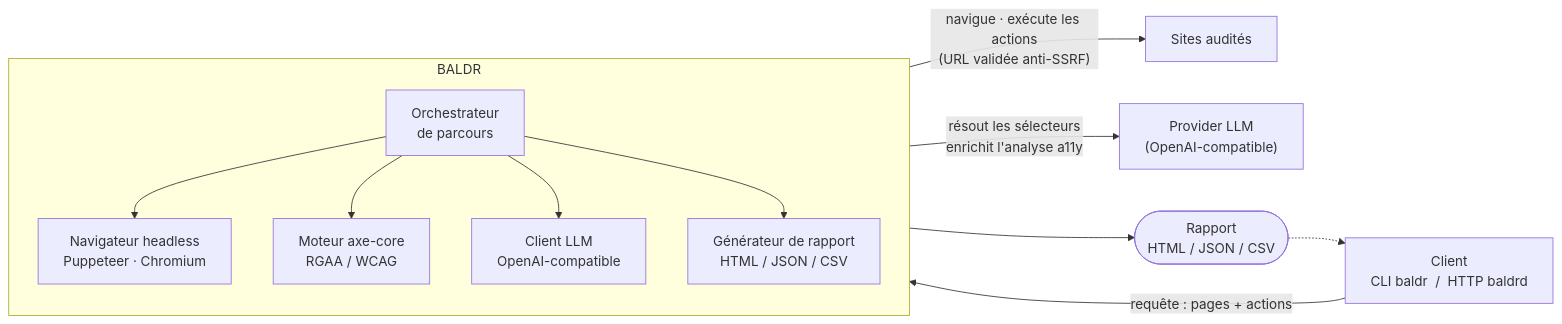
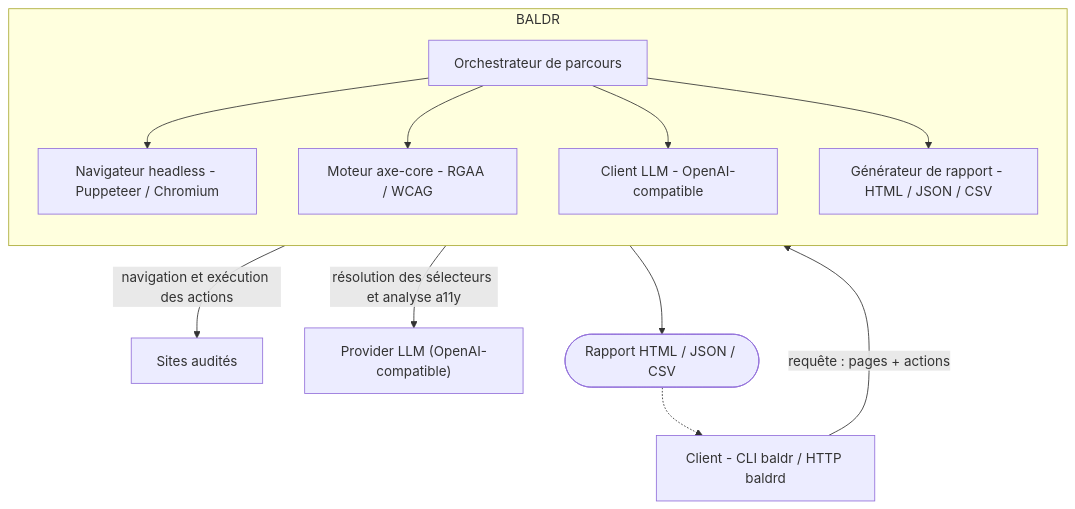
The first of 2 diagrams in README.md (malakoffhumanis/baldr-accessibility-scan), drawn with Mermaid before and after one commit. The commit also changed other lines of this file and 7 other files, not shown here.

````diff
--- a/README.md
+++ b/README.md
@@ -55,27 +172,27 @@
 ```mermaid
-flowchart LR
-    Client["Client<br/>CLI baldr &nbsp;/&nbsp; HTTP baldrd"]
+flowchart TB
+    Client["Client - CLI baldr / HTTP baldrd"]
 
     subgraph BALDR
         direction TB
-        Orch["Orchestrateur<br/>de parcours"]
-        Browser["Navigateur headless<br/>Puppeteer · Chromium"]
-        Axe["Moteur axe-core<br/>RGAA / WCAG"]
-        LLMClient["Client LLM<br/>OpenAI-compatible"]
-        Report["Générateur de rapport<br/>HTML / JSON / CSV"]
+        Orch["Orchestrateur de parcours"]
+        Browser["Navigateur headless - Puppeteer / Chromium"]
+        Axe["Moteur axe-core - RGAA / WCAG"]
+        LLMClient["Client LLM - OpenAI-compatible"]
+        Report["Générateur de rapport - HTML / JSON / CSV"]
     end
 
     Sites["Sites audités"]
-    LLM["Provider LLM<br/>(OpenAI-compatible)"]
-    Out(["Rapport<br/>HTML / JSON / CSV"])
+    LLM["Provider LLM (OpenAI-compatible)"]
+    Out(["Rapport HTML / JSON / CSV"])
 
     Client -->|"requête : pages + actions"| Orch
     Orch --> Browser
     Orch --> Axe
     Orch --> LLMClient
     Orch --> Report
-    Browser -->|"navigue · exécute les actions<br/>(URL validée anti-SSRF)"| Sites
-    LLMClient -->|"résout les sélecteurs<br/>enrichit l'analyse a11y"| LLM
+    Browser -->|"navigation et exécution des actions"| Sites
+    LLMClient -->|"résolution des sélecteurs et analyse a11y"| LLM
     Report --> Out
     Out -.-> Client
 ```
````
